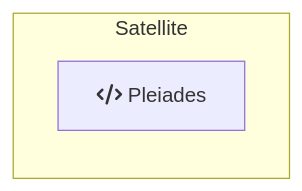
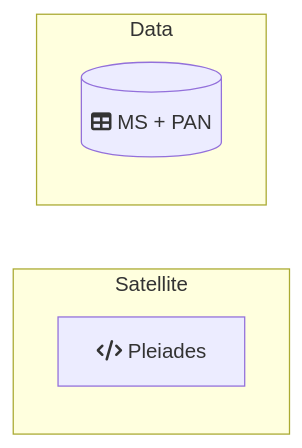
One commit to DippoldEJ/Satellite-Datasets changed the fifth of 5 diagrams in README.md. Above: the diagram before and after it, drawn with Mermaid.

````diff
--- a/README.md
+++ b/README.md
@@ -62,8 +62,12 @@
 ```mermaid
 flowchart LR;
 
 subgraph Satellite
     s[fa:fa-code Pleiades]
     end
 
+ subgraph Data
+        db[(fa:fa-table MS + PAN)]
+    end
+
 ```
````
